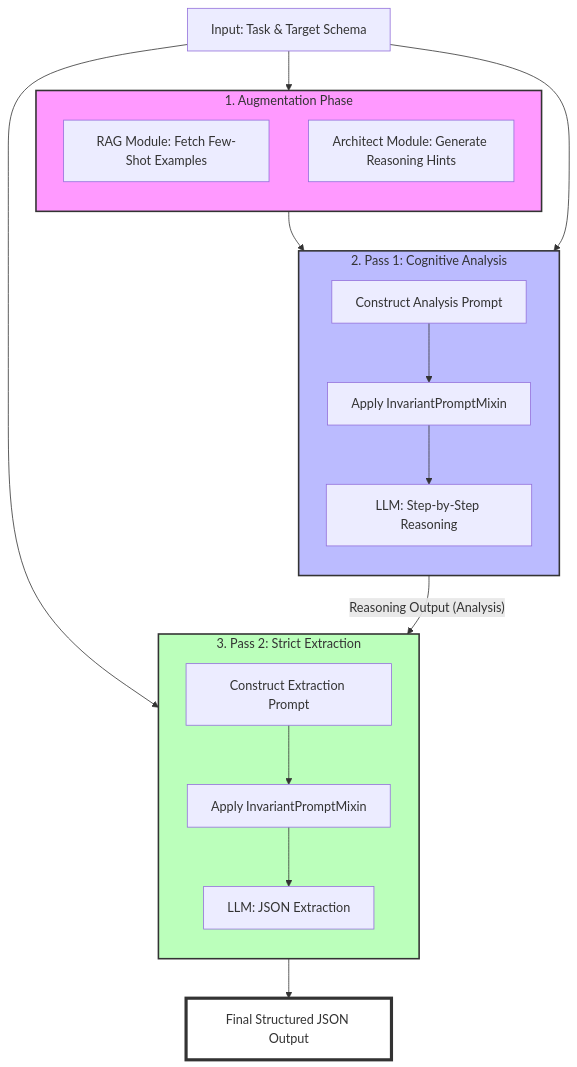
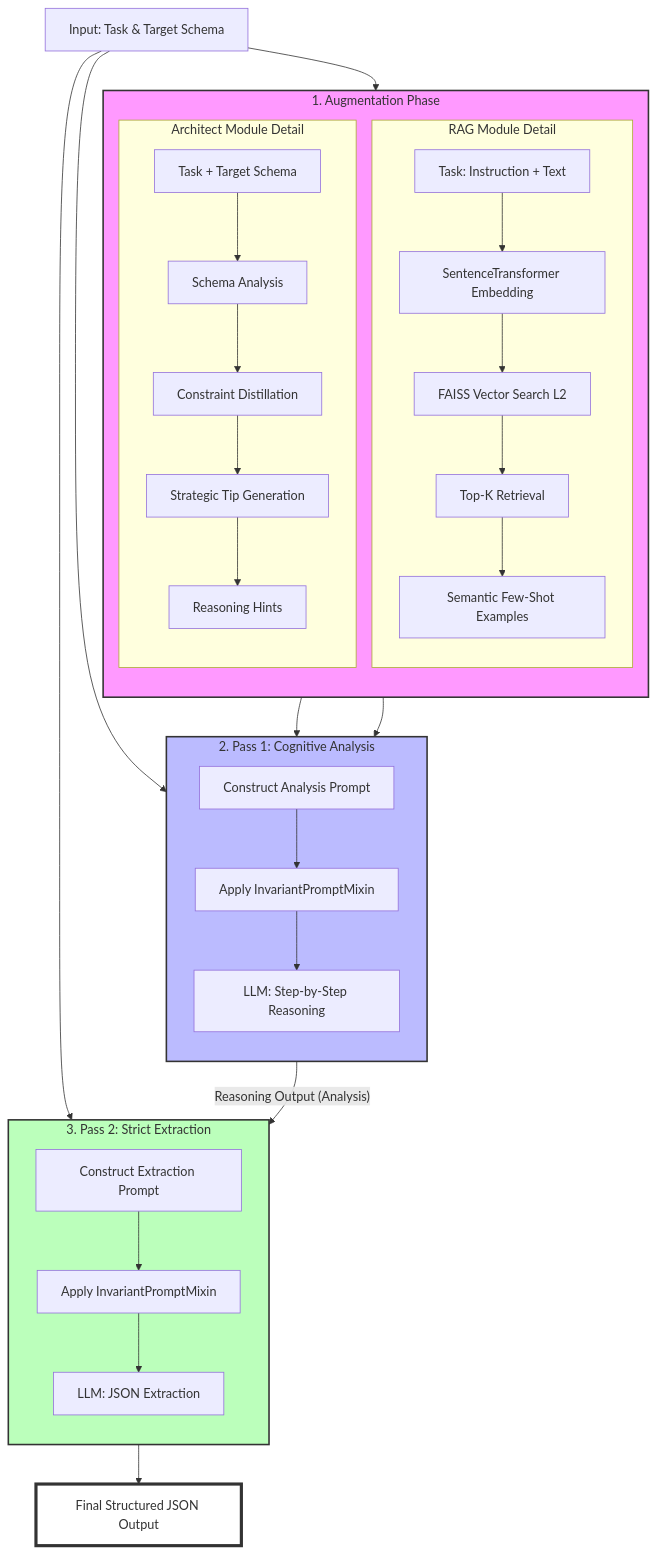
One commit to Robegr42/mold changed the diagram in research/slim_champion_architecture.md. Above: the diagram before and after it, drawn with Mermaid. The commit also changed other lines of this file, not shown here.

Commit message:
Step: Detailed augmentation phase mechanics in SlimChampionAgent diagram

````diff
--- a/research/slim_champion_architecture.md
+++ b/research/slim_champion_architecture.md
@@ -7,47 +7,60 @@
 ```mermaid
 graph TD
     %% Input Node
     Input[Input: Task & Target Schema] --> AugPhase
 
     %% Augmentation Phase
     subgraph AugPhase [1. Augmentation Phase]
         direction TB
-        RAG[RAG Module: Fetch Few-Shot Examples]
-        Architect[Architect Module: Generate Reasoning Hints]
+        
+        subgraph RAG [RAG Module Detail]
+            RAG_Input[Task: Instruction + Text] --> RAG_Emb[SentenceTransformer Embedding]
+            RAG_Emb --> RAG_FAISS[FAISS Vector Search L2]
+            RAG_FAISS --> RAG_TopK[Top-K Retrieval]
+            RAG_TopK --> RAG_Output[Semantic Few-Shot Examples]
+        end
+
+        subgraph Architect [Architect Module Detail]
+            Arch_Input[Task + Target Schema] --> Arch_Analysis[Schema Analysis]
+            Arch_Analysis --> Arch_Distill[Constraint Distillation]
+            Arch_Distill --> Arch_Tips[Strategic Tip Generation]
+            Arch_Tips --> Arch_Output[Reasoning Hints]
+        end
     end
 
     %% Pass 1
-    AugPhase --> Pass1
+    RAG_Output --> Pass1
+    Arch_Output --> Pass1
     Input --> Pass1
 
     subgraph Pass1 [2. Pass 1: Cognitive Analysis]
         direction TB
         P1_Prompt[Construct Analysis Prompt]
         P1_Inv[Apply InvariantPromptMixin]
         P1_LLM[LLM: Step-by-Step Reasoning]
         
         P1_Prompt --> P1_Inv --> P1_LLM
     end
 
     %% Pass 2
     P1_LLM -- "Reasoning Output (Analysis)" --> Pass2
     Input --> Pass2
 
     subgraph Pass2 [3. Pass 2: Strict Extraction]
         direction TB
         P2_Prompt[Construct Extraction Prompt]
         P2_Inv[Apply InvariantPromptMixin]
         P2_LLM[LLM: JSON Extraction]
         
         P2_Prompt --> P2_Inv --> P2_LLM
     end
 
     %% Final Output
     P2_LLM --> FinalOutput[Final Structured JSON Output]
 
     %% Styling
     style AugPhase fill:#f9f,stroke:#333,stroke-width:2px
     style Pass1 fill:#bbf,stroke:#333,stroke-width:2px
     style Pass2 fill:#bfb,stroke:#333,stroke-width:2px
     style FinalOutput fill:#fff,stroke:#333,stroke-width:4px
 ```
````
